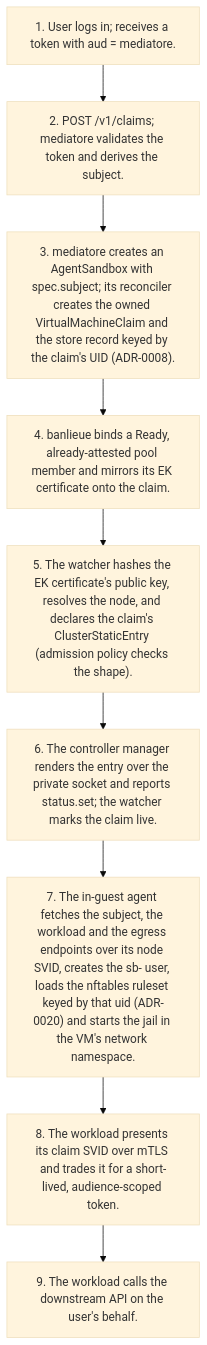
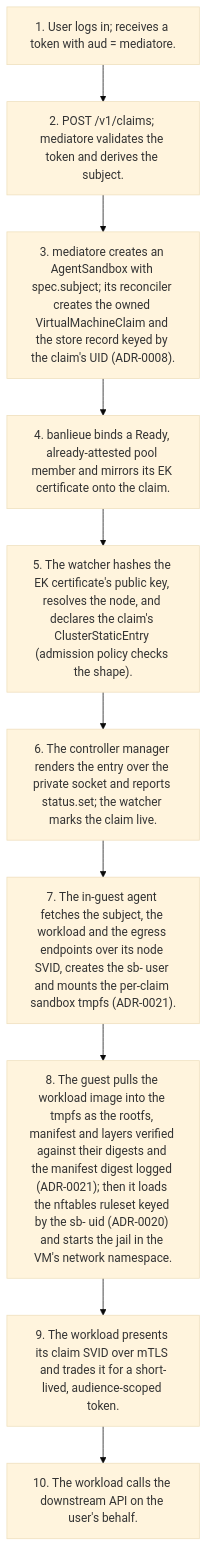
One commit to firestoned/mediatore changed the first of 3 diagrams in docs/architecture/diagrams/flows.md. Above: the diagram before and after it, drawn with Mermaid (base theme). The commit also changed 24 other files, not shown here.

Commit message:
feat(guest): the sandbox filesystem is a tmpfs per claim and the guest pulls the workload rootfs from the registry, every blob digest-verified (ADR-0021); roadmap 06 in progress (#40)

````diff
--- a/docs/architecture/diagrams/flows.md
+++ b/docs/architecture/diagrams/flows.md
@@ -29,13 +29,14 @@
 ```mermaid
 flowchart TD
     t1["1. User logs in; receives a token with aud = mediatore."]
     t2["2. POST /v1/claims; mediatore validates the token and derives the subject."]
     t3["3. mediatore creates an AgentSandbox with spec.subject; its reconciler creates the owned VirtualMachineClaim and the store record keyed by the claim's UID (ADR-0008)."]
     t4["4. banlieue binds a Ready, already-attested pool member and mirrors its EK certificate onto the claim."]
     t5["5. The watcher hashes the EK certificate's public key, resolves the node, and declares the claim's ClusterStaticEntry (admission policy checks the shape)."]
     t6["6. The controller manager renders the entry over the private socket and reports status.set; the watcher marks the claim live."]
-    t7["7. The in-guest agent fetches the subject, the workload and the egress endpoints over its node SVID, creates the sb- user, loads the nftables ruleset keyed by that uid (ADR-0020) and starts the jail in the VM's network namespace."]
-    t8["8. The workload presents its claim SVID over mTLS and trades it for a short-lived, audience-scoped token."]
-    t9["9. The workload calls the downstream API on the user's behalf."]
-    t1 --> t2 --> t3 --> t4 --> t5 --> t6 --> t7 --> t8 --> t9
+    t7["7. The in-guest agent fetches the subject, the workload and the egress endpoints over its node SVID, creates the sb- user and mounts the per-claim sandbox tmpfs (ADR-0021)."]
+    t8["8. The guest pulls the workload image into the tmpfs as the rootfs, manifest and layers verified against their digests and the manifest digest logged (ADR-0021); then it loads the nftables ruleset keyed by the sb- uid (ADR-0020) and starts the jail in the VM's network namespace."]
+    t9["9. The workload presents its claim SVID over mTLS and trades it for a short-lived, audience-scoped token."]
+    t10["10. The workload calls the downstream API on the user's behalf."]
+    t1 --> t2 --> t3 --> t4 --> t5 --> t6 --> t7 --> t8 --> t9 --> t10
 ```
````
